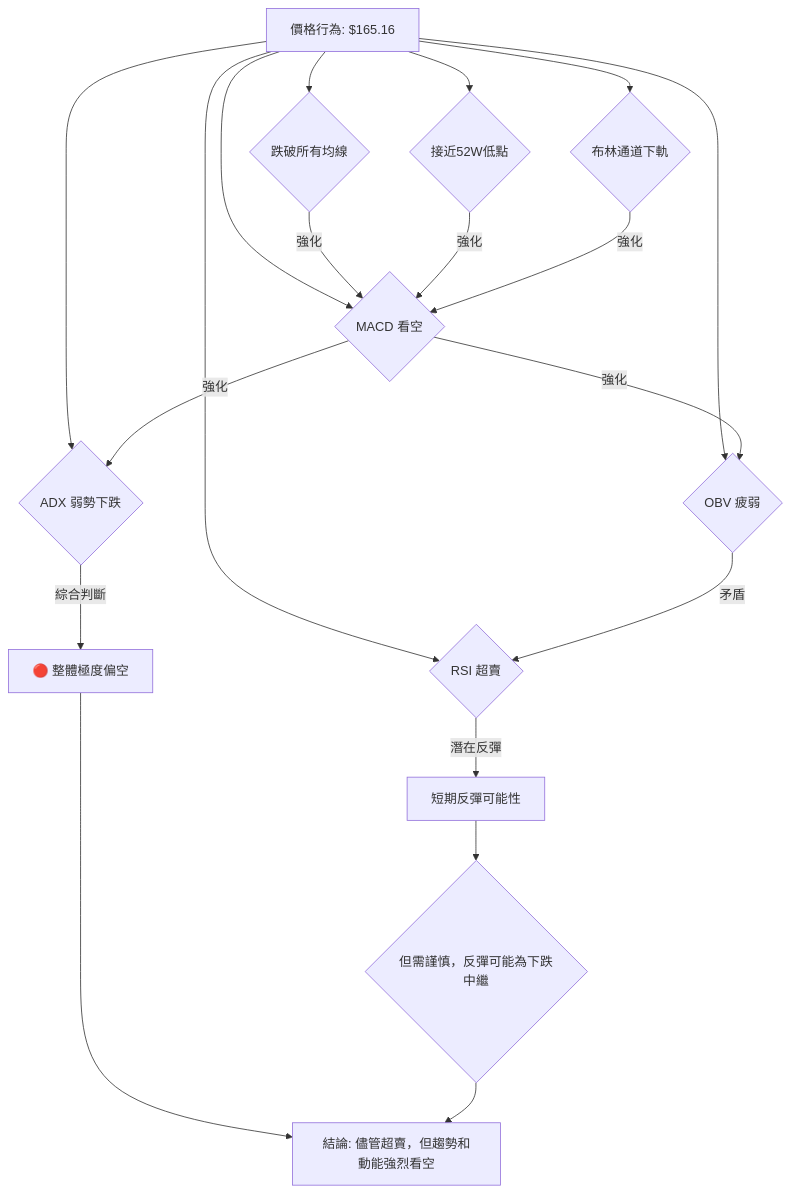
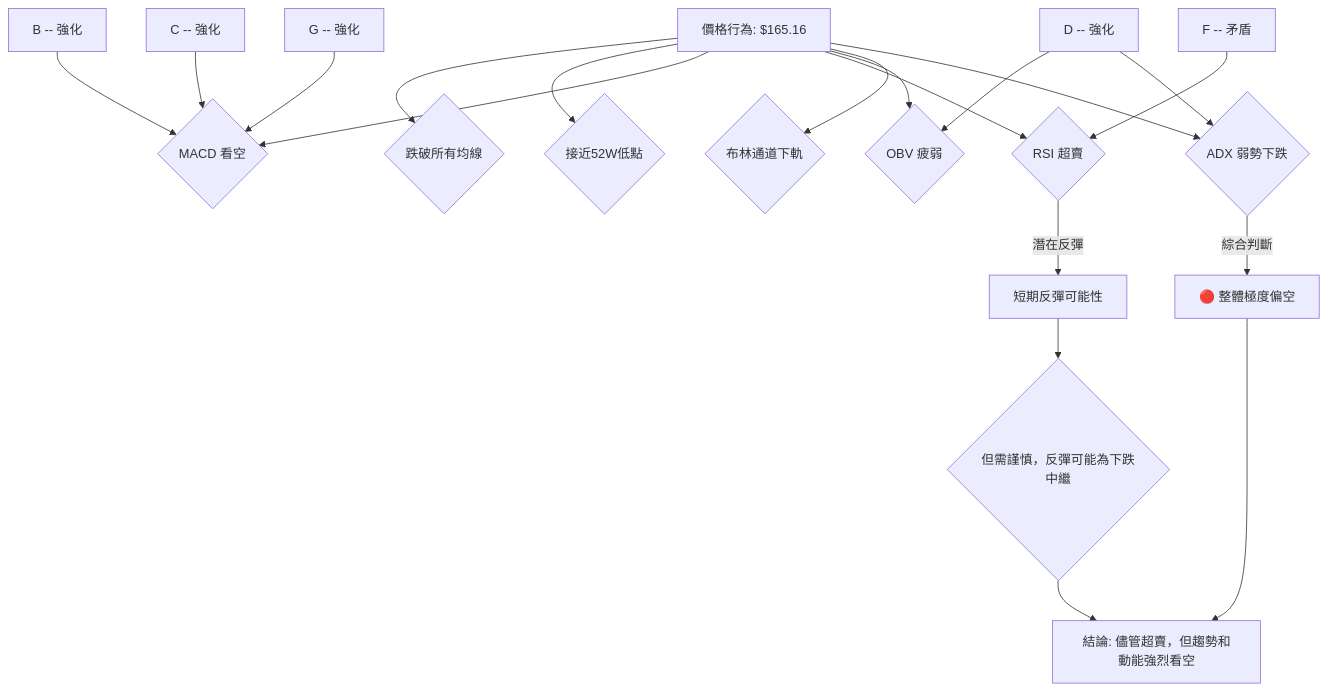
The fifth of 6 diagrams in ai_gen_report/stock/orcl/technical_analysis_2026-06-24_gemini.md (yennanliu/finance_data), drawn with Mermaid before and after one commit. The commit also changed other lines of this file and 2258 other files, not shown here.

First line of the commit message:
chore: backfill Mermaid syntax repair across existing reports

````diff
--- a/ai_gen_report/stock/orcl/technical_analysis_2026-06-24_gemini.md
+++ b/ai_gen_report/stock/orcl/technical_analysis_2026-06-24_gemini.md
@@ -415,23 +415,23 @@
 ```mermaid
 graph TD
-    A[價格行為: $165.16] --> B{跌破所有均線}
-    A --> C{接近52W低點}
-    A --> D{MACD 看空}
-    A --> E{RSI 超賣}
-    A --> F{OBV 疲弱}
-    A --> G{布林通道下軌}
-    A --> H{ADX 弱勢下跌}
+    A["價格行為: $165.16"] --> B{"跌破所有均線"}
+    A --> C{"接近52W低點"}
+    A --> D{"MACD 看空"}
+    A --> E{"RSI 超賣"}
+    A --> F{"OBV 疲弱"}
+    A --> G{"布林通道下軌"}
+    A --> H{"ADX 弱勢下跌"}
 
-    B -- 強化 --> D
-    C -- 強化 --> D
-    D -- 強化 --> F
-    F -- 矛盾 --> E
-    E -- 潛在反彈 --> I[短期反彈可能性]
+    nb1["B -- 強化"] --> D
+    nb2["C -- 強化"] --> D
+    nb3["D -- 強化"] --> F
+    nb4["F -- 矛盾"] --> E
+    E -- 潛在反彈 --> I["短期反彈可能性"]
 
-    D -- 強化 --> H
-    G -- 強化 --> D
+    nb3["D -- 強化"] --> H
+    nb5["G -- 強化"] --> D
 
-    H -- 綜合判斷 --> J[🔴 整體極度偏空]
-    I --> K{但需謹慎，反彈可能為下跌中繼}
-    J & K --> L[結論: 儘管超賣，但趨勢和動能強烈看空]
+    H -- 綜合判斷 --> J["🔴 整體極度偏空"]
+    I --> K{"但需謹慎，反彈可能為下跌中繼"}
+    J & K --> L["結論: 儘管超賣，但趨勢和動能強烈看空"]
 ```
````
